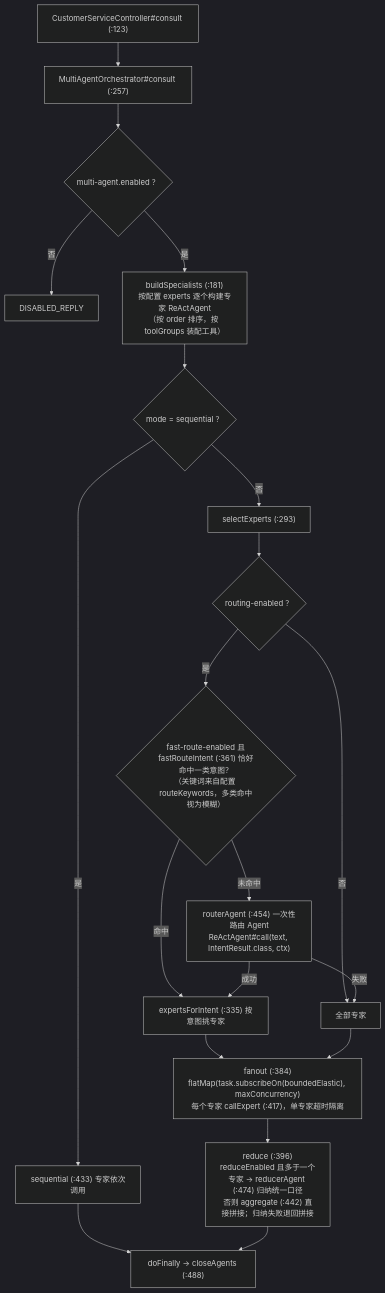
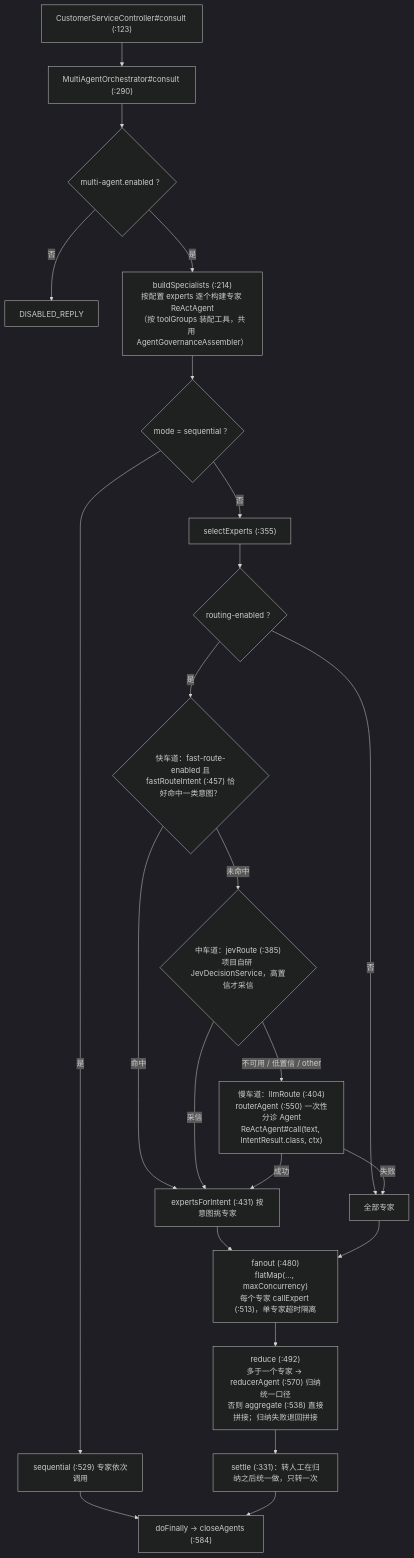
One commit to liulangjietou/AgentScope-source-analysis changed the fourth of 8 diagrams in 09-customer_work场景全景映射.md. Above: the diagram before and after it, drawn with Mermaid (dark theme). The commit also changed other lines of this file, not shown here.

Commit message:
docs(ch09): sync customer_work scene mapping to customer_work 17007e4a

````diff
--- a/09-customer_work场景全景映射.md
+++ b/09-customer_work场景全景映射.md
@@ -114,22 +146,25 @@
 ```mermaid
 flowchart TB
-    IN["CustomerServiceController#consult (:123)"] --> ORCH["MultiAgentOrchestrator#consult (:257)"]
+    IN["CustomerServiceController#consult (:123)"] --> ORCH["MultiAgentOrchestrator#consult (:290)"]
     ORCH --> EN{"multi-agent.enabled ？"}
     EN -->|"否"| DIS["DISABLED_REPLY"]
-    EN -->|"是"| BS["buildSpecialists (:181)<br/>按配置 experts 逐个构建专家 ReActAgent<br/>（按 order 排序，按 toolGroups 装配工具）"]
+    EN -->|"是"| BS["buildSpecialists (:214)<br/>按配置 experts 逐个构建专家 ReActAgent<br/>（按 toolGroups 装配工具，共用 AgentGovernanceAssembler）"]
     BS --> MODE{"mode = sequential ？"}
-    MODE -->|"是"| SEQ["sequential (:433) 专家依次调用"]
-    MODE -->|"否"| SEL["selectExperts (:293)"]
+    MODE -->|"是"| SEQ["sequential (:529) 专家依次调用"]
+    MODE -->|"否"| SEL["selectExperts (:355)"]
     SEL --> RT{"routing-enabled ？"}
     RT -->|"否"| ALL["全部专家"]
-    RT -->|"是"| FAST{"fast-route-enabled 且<br/>fastRouteIntent (:361) 恰好命中一类意图？<br/>（关键词来自配置 routeKeywords，多类命中视为模糊）"}
-    FAST -->|"命中"| PICK["expertsForIntent (:335) 按意图挑专家"]
-    FAST -->|"未命中"| ROUTER["routerAgent (:454) 一次性路由 Agent<br/>ReActAgent#call(text, IntentResult.class, ctx)"]
+    RT -->|"是"| FAST{"快车道：fast-route-enabled 且<br/>fastRouteIntent (:457) 恰好命中一类意图？"}
+    FAST -->|"命中"| PICK["expertsForIntent (:431) 按意图挑专家"]
+    FAST -->|"未命中"| JEV{"中车道：jevRoute (:385)<br/>项目自研 JevDecisionService，高置信才采信"}
+    JEV -->|"采信"| PICK
+    JEV -->|"不可用 / 低置信 / other"| ROUTER["慢车道：llmRoute (:404)<br/>routerAgent (:550) 一次性分诊 Agent<br/>ReActAgent#call(text, IntentResult.class, ctx)"]
     ROUTER -->|"成功"| PICK
     ROUTER -->|"失败"| ALL
-    PICK --> FAN["fanout (:384)<br/>flatMap(task.subscribeOn(boundedElastic), maxConcurrency)<br/>每个专家 callExpert (:417)，单专家超时隔离"]
+    PICK --> FAN["fanout (:480)<br/>flatMap(..., maxConcurrency)<br/>每个专家 callExpert (:513)，单专家超时隔离"]
     ALL --> FAN
-    FAN --> RED["reduce (:396)<br/>reduceEnabled 且多于一个专家 → reducerAgent (:474) 归纳统一口径<br/>否则 aggregate (:442) 直接拼接；归纳失败退回拼接"]
-    SEQ --> CLOSE["doFinally → closeAgents (:488)"]
-    RED --> CLOSE
+    FAN --> RED["reduce (:492)<br/>多于一个专家 → reducerAgent (:570) 归纳统一口径<br/>否则 aggregate (:538) 直接拼接；归纳失败退回拼接"]
+    RED --> SET["settle (:331)：转人工在归纳之后统一做，只转一次"]
+    SEQ --> CLOSE["doFinally → closeAgents (:584)"]
+    SET --> CLOSE
 ```
````
